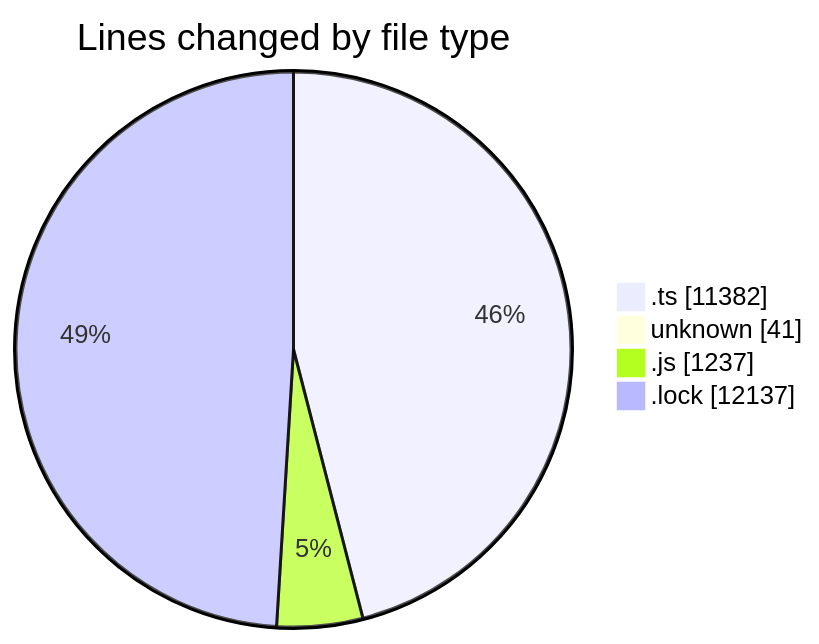
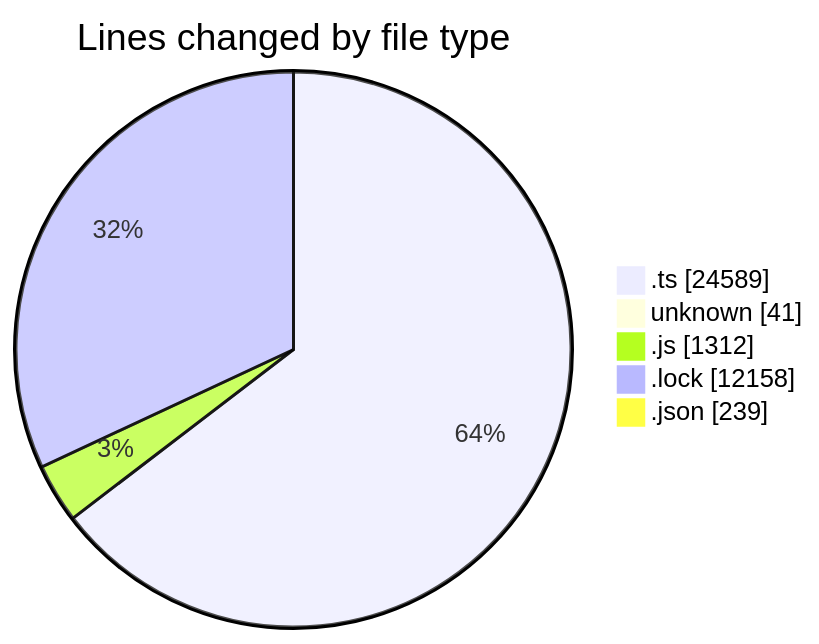
The first of 2 diagrams in 2025-08-18/cda/README.md (momahboobian/code-tracking), drawn with Mermaid before and after one commit. The commit also changed other lines of this file and 1 other file, not shown here.

````diff
--- a/2025-08-18/cda/README.md
+++ b/2025-08-18/cda/README.md
@@ -33,8 +38,9 @@
 ```mermaid
 pie showData
 title Lines changed by file type
-".ts" : 11382
+".ts" : 24589
 "unknown" : 41
-".js" : 1237
-".lock" : 12137
+".js" : 1312
+".lock" : 12158
+".json" : 239
 ```
````
